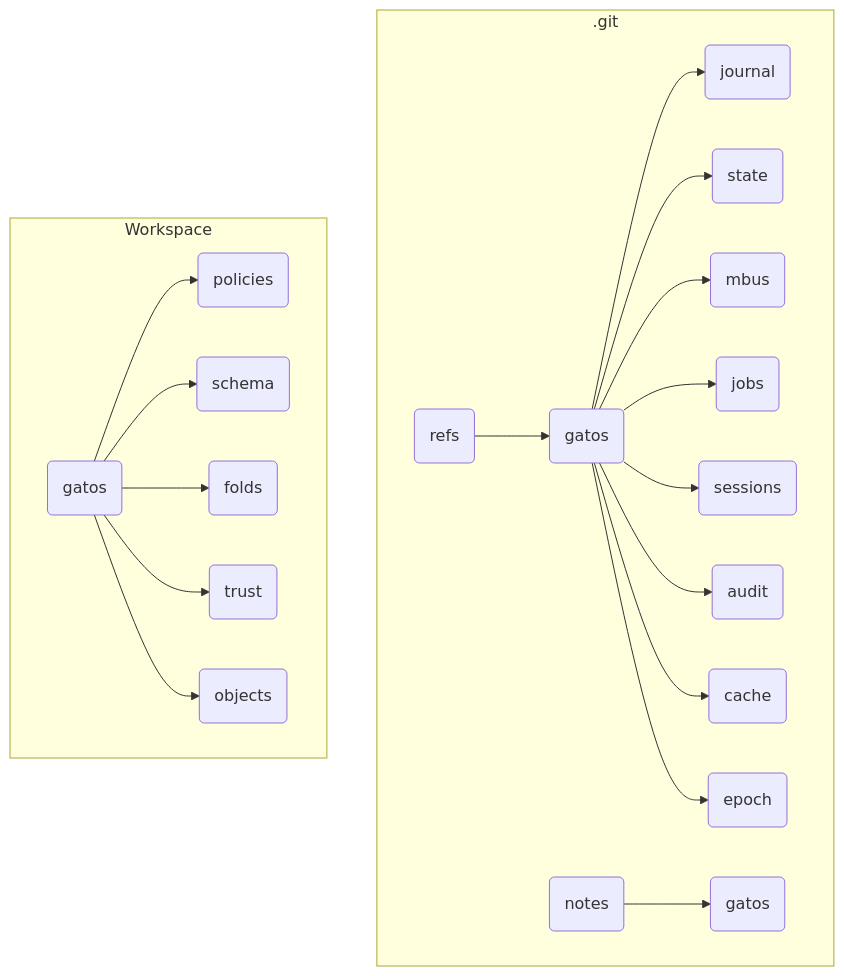
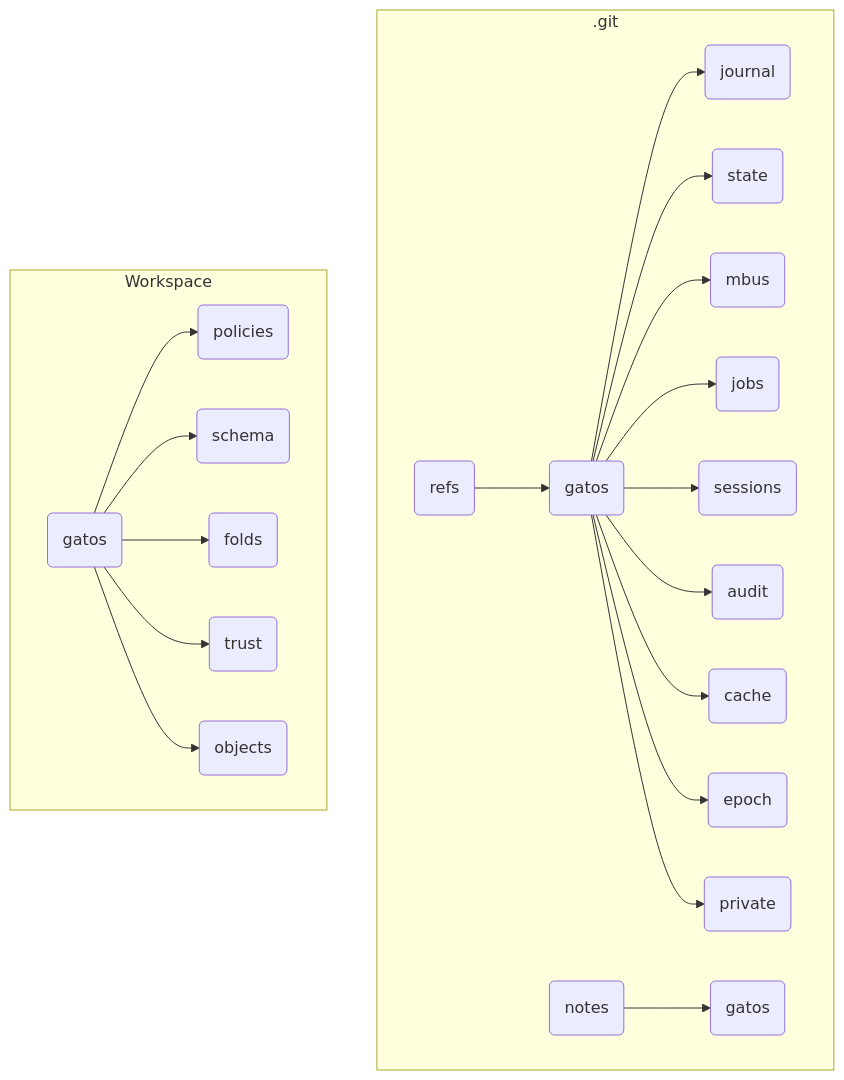
One commit to flyingrobots/gatos changed the third of 21 diagrams in docs/SPEC.md. Above: the diagram before and after it, drawn with Mermaid. The commit also changed other lines of this file and 6 other files, not shown here.

````diff
--- a/docs/SPEC.md
+++ b/docs/SPEC.md
@@ -118,24 +118,25 @@
 ```mermaid
 graph TD
     subgraph .git
         direction LR
         A(refs) --> A1(gatos)
         A1 --> B1(journal)
         A1 --> B2(state)
         A1 --> B3(mbus)
         A1 --> B4(jobs)
         A1 --> B5(sessions)
         A1 --> B6(audit)
         A1 --> B7(cache)
         A1 --> B8(epoch)
+        A1 --> B9(private)
         C(notes) --> C1(gatos)
     end
     subgraph Workspace
         direction LR
         D(gatos) --> D1(policies)
         D --> D2(schema)
         D --> D3(folds)
         D --> D4(trust)
         D --> D5(objects)
     end
 ```
````
